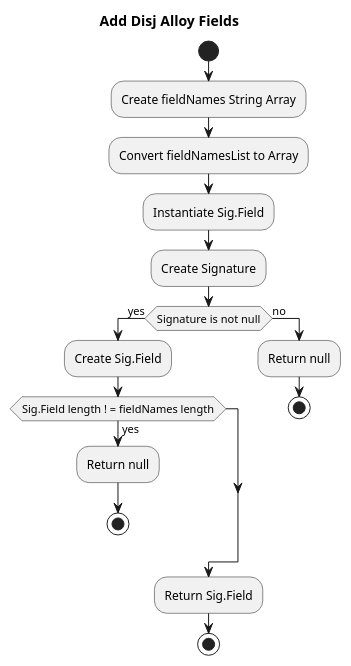
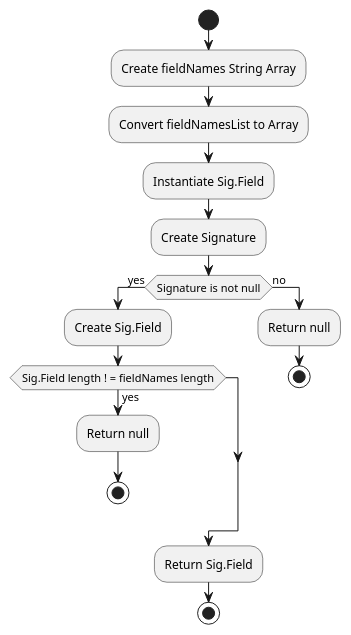
One commit to ontological-behavior-modeling/tester changed the diagram in src/main/javadoc/edu/gatech/gtri/obm/translator/alloy/fromxmi/doc-files/ToAlloy_addDisjAlloyFields.puml. Above: the diagram before and after it, drawn with PlantUML. The commit also changed 11 other files, not shown here.

```diff
--- a/src/main/javadoc/edu/gatech/gtri/obm/translator/alloy/fromxmi/doc-files/ToAlloy_addDisjAlloyFields.puml
+++ b/src/main/javadoc/edu/gatech/gtri/obm/translator/alloy/fromxmi/doc-files/ToAlloy_addDisjAlloyFields.puml
@@ -1,21 +1,20 @@
 @startuml
-title Add Disj Alloy Fields
 start
 :Create fieldNames String Array;
 :Convert fieldNamesList to Array;
 :Instantiate Sig.Field;
 :Create Signature;
 if (Signature is not null) then (yes)
 :Create Sig.Field;
 if (Sig.Field length ! = fieldNames length) then (yes)
 :Return null;
 stop
 endif
 else(no)
 :Return null;
 stop
 endif
 :Return Sig.Field;
 stop
 
 @enduml
```
